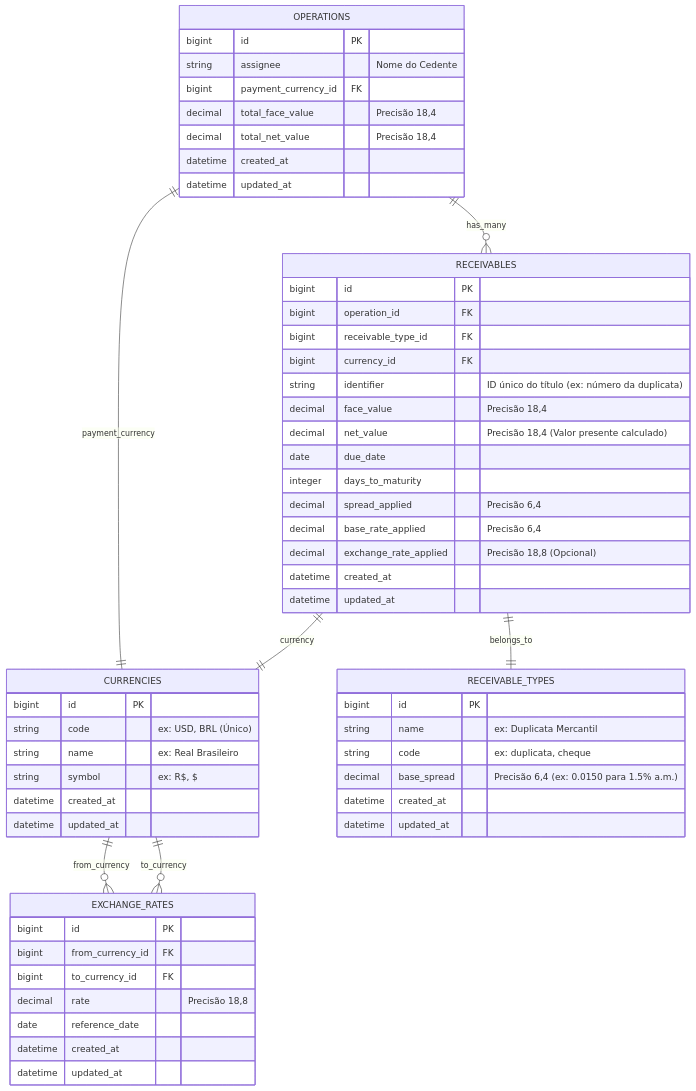
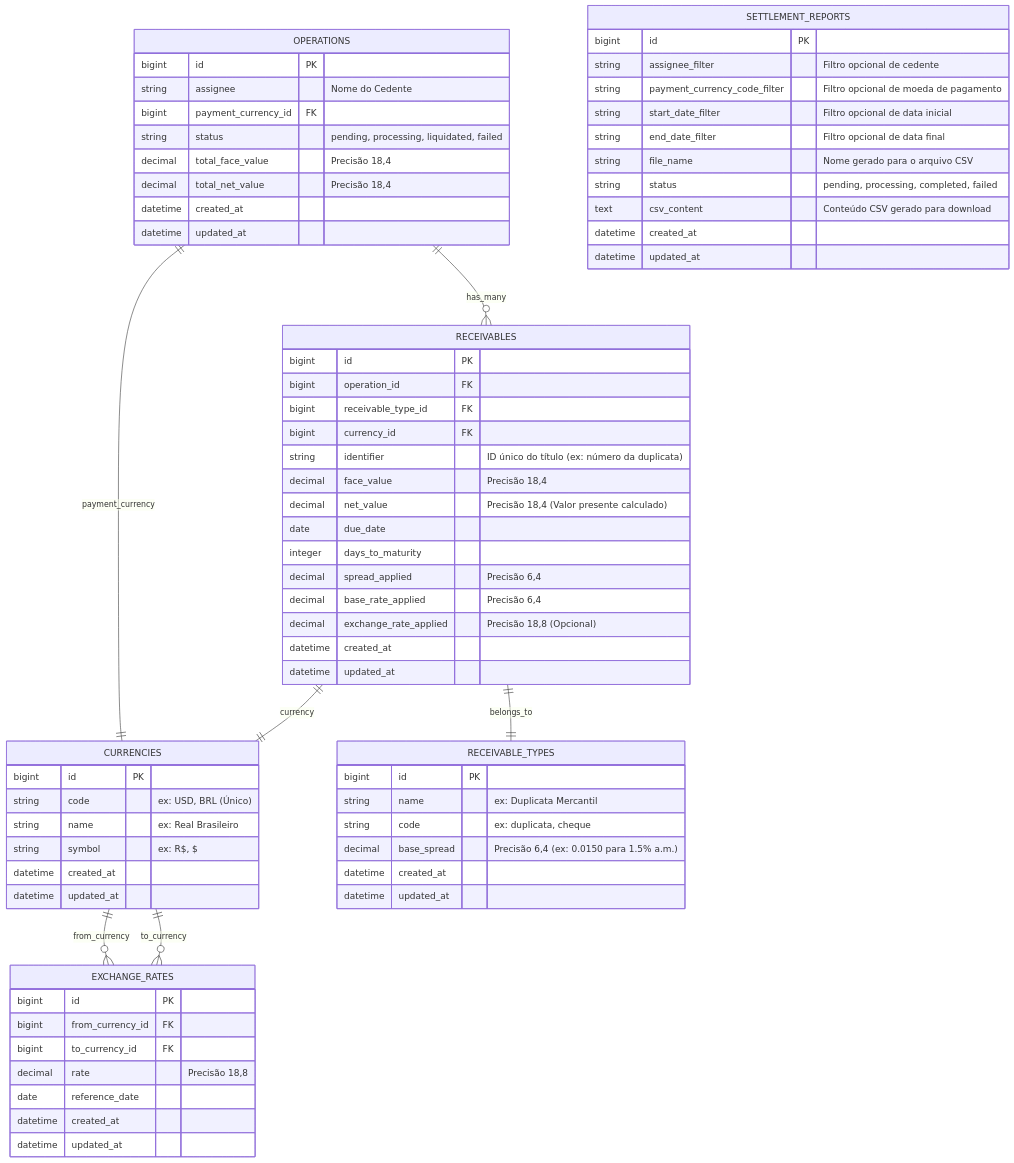
One commit to dpassarini/srm changed the diagram in modelagem.md. Above: the diagram before and after it, drawn with Mermaid.

Commit message:
chore: Atualizar doc da modelagem (#5)

````diff
--- a/modelagem.md
+++ b/modelagem.md
@@ -5,64 +5,78 @@
 ```mermaid
 erDiagram
     CURRENCIES {
         bigint id PK
         string code "ex: USD, BRL (Único)"
         string name "ex: Real Brasileiro"
         string symbol "ex: R$, $"
         datetime created_at
         datetime updated_at
     }
 
     EXCHANGE_RATES {
         bigint id PK
         bigint from_currency_id FK
         bigint to_currency_id FK
         decimal rate "Precisão 18,8"
         date reference_date
         datetime created_at
         datetime updated_at
     }
 
     RECEIVABLE_TYPES {
         bigint id PK
         string name "ex: Duplicata Mercantil"
         string code "ex: duplicata, cheque"
         decimal base_spread "Precisão 6,4 (ex: 0.0150 para 1.5% a.m.)"
         datetime created_at
         datetime updated_at
     }
 
     OPERATIONS {
         bigint id PK
         string assignee "Nome do Cedente"
         bigint payment_currency_id FK
+        string status "pending, processing, liquidated, failed"
         decimal total_face_value "Precisão 18,4"
         decimal total_net_value "Precisão 18,4"
         datetime created_at
         datetime updated_at
     }
 
     RECEIVABLES {
         bigint id PK
         bigint operation_id FK
         bigint receivable_type_id FK
         bigint currency_id FK
         string identifier "ID único do título (ex: número da duplicata)"
         decimal face_value "Precisão 18,4"
         decimal net_value "Precisão 18,4 (Valor presente calculado)"
         date due_date
         integer days_to_maturity
         decimal spread_applied "Precisão 6,4"
         decimal base_rate_applied "Precisão 6,4"
         decimal exchange_rate_applied "Precisão 18,8 (Opcional)"
         datetime created_at
         datetime updated_at
     }
 
+    SETTLEMENT_REPORTS {
+        bigint id PK
+        string assignee_filter "Filtro opcional de cedente"
+        string payment_currency_code_filter "Filtro opcional de moeda de pagamento"
+        string start_date_filter "Filtro opcional de data inicial"
+        string end_date_filter "Filtro opcional de data final"
+        string file_name "Nome gerado para o arquivo CSV"
+        string status "pending, processing, completed, failed"
+        text csv_content "Conteúdo CSV gerado para download"
+        datetime created_at
+        datetime updated_at
+    }
+
     CURRENCIES ||--o{ EXCHANGE_RATES : "from_currency"
     CURRENCIES ||--o{ EXCHANGE_RATES : "to_currency"
     OPERATIONS ||--o{ RECEIVABLES : "has_many"
     OPERATIONS ||--|| CURRENCIES : "payment_currency"
     RECEIVABLES ||--|| RECEIVABLE_TYPES : "belongs_to"
     RECEIVABLES ||--|| CURRENCIES : "currency"
 ```
````
